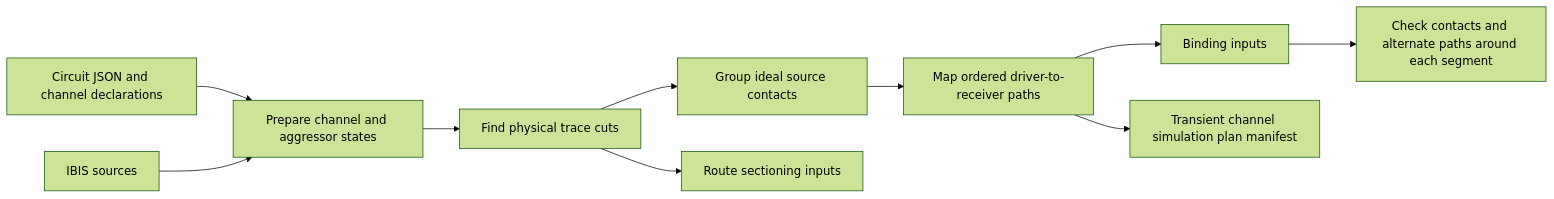
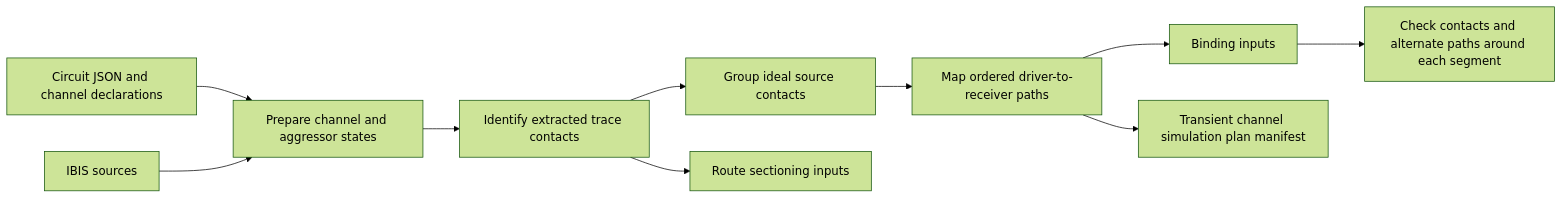
Before and after one commit to draarivpatel-ui/signal-integrity-pipeline: the first of 2 diagrams in docs/ARCHITECTURE.md, drawn with Mermaid (forest theme). The commit also changed other lines of this file and 135 other files, not shown here.

````diff
--- a/docs/ARCHITECTURE.md
+++ b/docs/ARCHITECTURE.md
@@ -15,12 +15,12 @@
 ```mermaid
 flowchart LR
   board["Circuit JSON and channel declarations"] --> prepare["Prepare channel and aggressor states"]
   ibis["IBIS sources"] --> prepare
-  prepare --> cuts["Find physical trace cuts"]
-  cuts --> groups["Group ideal source contacts"]
+  prepare --> traces["Identify extracted trace contacts"]
+  traces --> groups["Group ideal source contacts"]
   groups --> paths["Map ordered driver-to-receiver paths"]
-  cuts --> sections["Route sectioning inputs"]
+  traces --> sections["Route sectioning inputs"]
   paths --> bindings["Binding inputs"]
   bindings --> checks["Check contacts and alternate paths around each segment"]
   paths --> manifest["Transient channel simulation plan manifest"]
 ```
````
